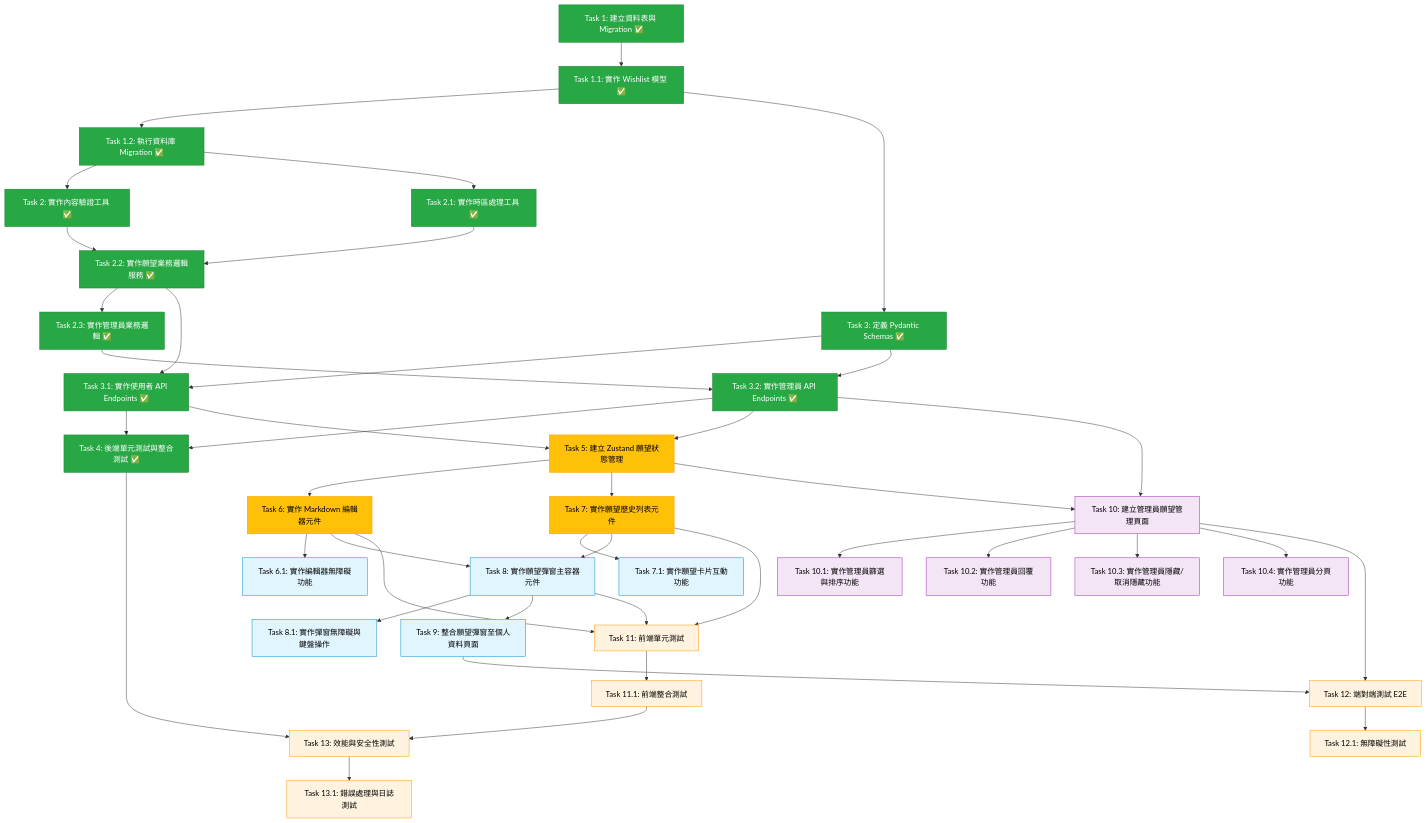
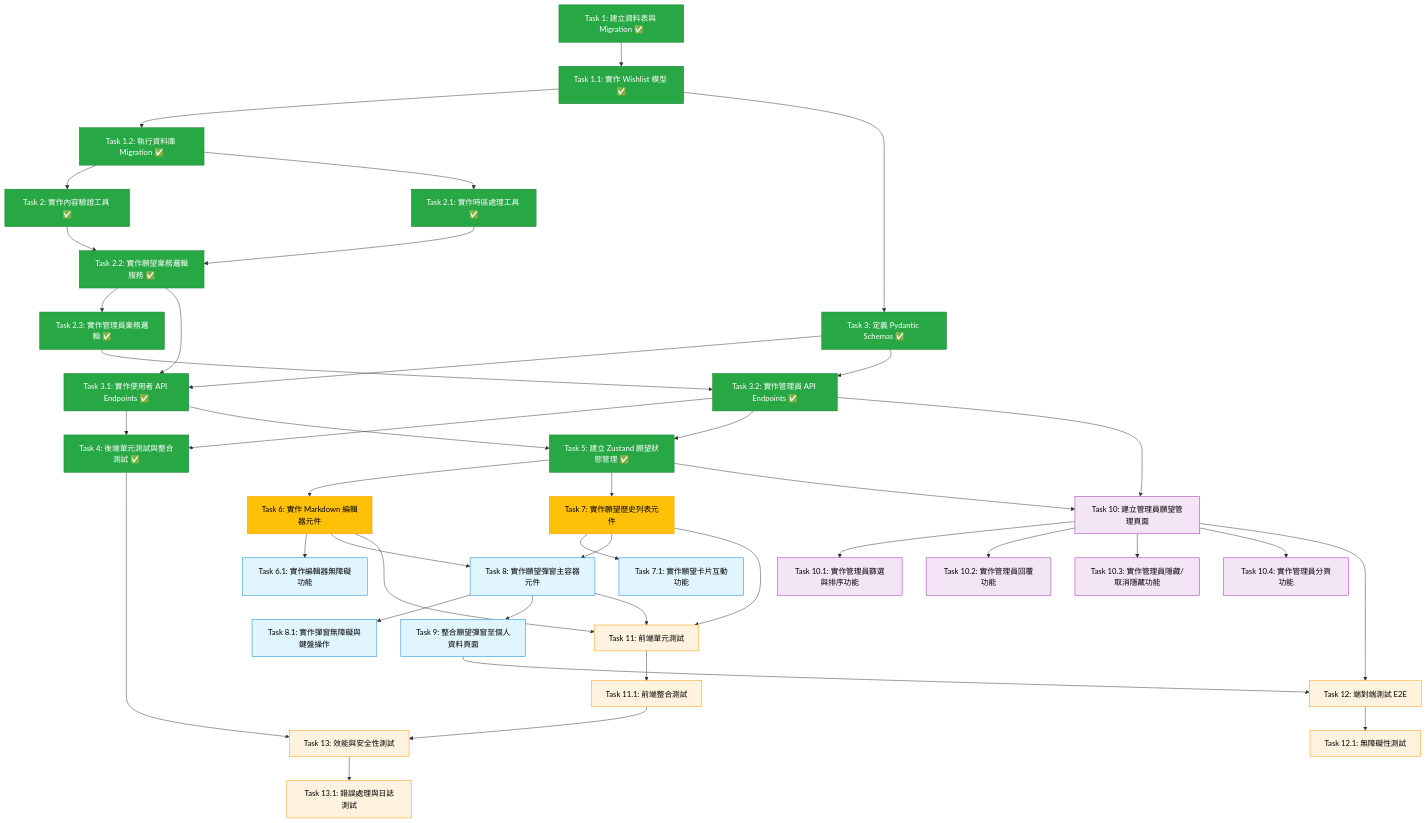
One commit to huan5678/wasteland-tarot-app changed the diagram in .kiro/specs/wishlist-feature/tasks.md. Above: the diagram before and after it, drawn with Mermaid. The commit also changed other lines of this file, not shown here.

First line of the commit message:
docs(wishlist): Update tasks.md - Task 5 complete, frontend UI stage ready

```diff
--- a/.kiro/specs/wishlist-feature/tasks.md
+++ b/.kiro/specs/wishlist-feature/tasks.md
@@ -609,7 +616,7 @@
     T4[Task 4: 後端單元測試與整合測試 ✅]
 
     %% Phase 3: Frontend Core (Can start after API ready)
-    T5[Task 5: 建立 Zustand 願望狀態管理]
+    T5[Task 5: 建立 Zustand 願望狀態管理 ✅]
     T6[Task 6: 實作 Markdown 編輯器元件]
     T6_1[Task 6.1: 實作編輯器無障礙功能]
     T7[Task 7: 實作願望歷史列表元件]
@@ -701,9 +708,9 @@
     style T3_1 fill:#28a745,stroke:#1e7e34,color:#fff
     style T3_2 fill:#28a745,stroke:#1e7e34,color:#fff
     style T4 fill:#28a745,stroke:#1e7e34,color:#fff
+    style T5 fill:#28a745,stroke:#1e7e34,color:#fff
 
     %% Phase 3: Next Steps (Yellow highlight)
-    style T5 fill:#ffc107,stroke:#ff9800,color:#000
     style T6 fill:#ffc107,stroke:#ff9800,color:#000
     style T6_1 fill:#e1f5fe,stroke:#0288d1,color:#000
     style T7 fill:#ffc107,stroke:#ff9800,color:#000
```
